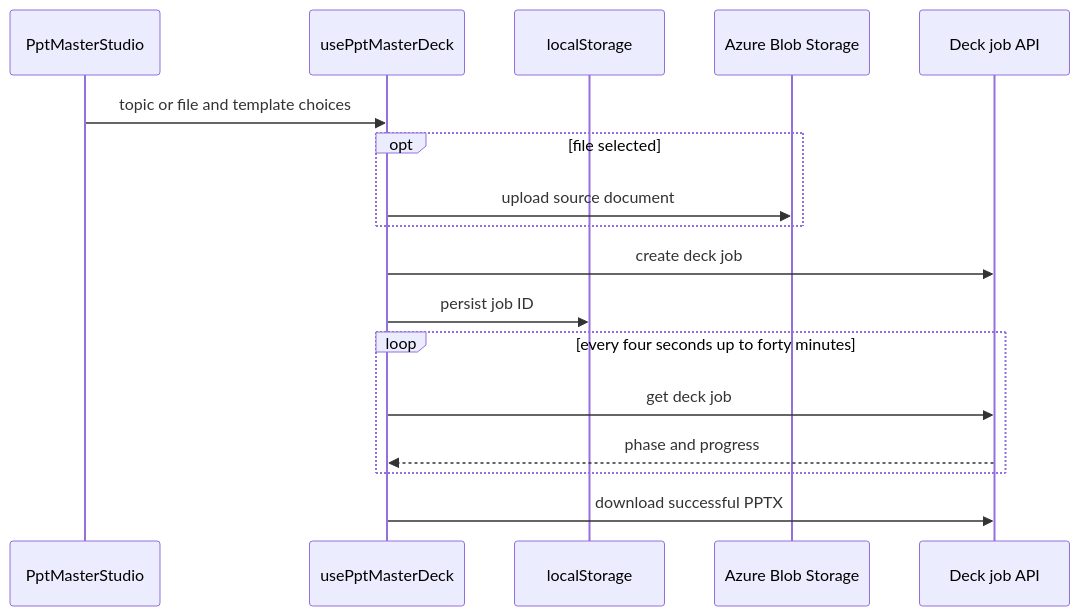
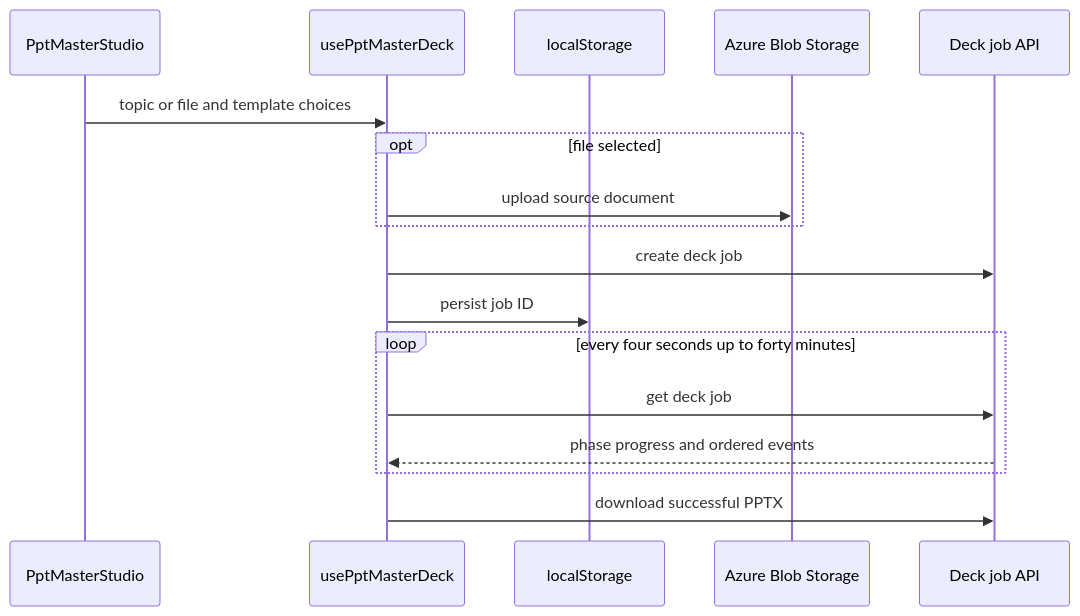
The third of 3 diagrams in openwiki/frontend/create-workflows.md (tony30552001/Genpic-master), drawn with Mermaid before and after one commit. The commit also changed other lines of this file and 5 other files, not shown here.

````diff
--- a/openwiki/frontend/create-workflows.md
+++ b/openwiki/frontend/create-workflows.md
@@ -118,19 +118,19 @@
 ```mermaid
 sequenceDiagram
   participant Studio as PptMasterStudio
   participant Hook as usePptMasterDeck
   participant Store as localStorage
   participant Blob as Azure Blob Storage
   participant Api as Deck job API
   Studio->>Hook: topic or file and template choices
   opt file selected
     Hook->>Blob: upload source document
   end
   Hook->>Api: create deck job
   Hook->>Store: persist job ID
   loop every four seconds up to forty minutes
     Hook->>Api: get deck job
-    Api-->>Hook: phase and progress
+    Api-->>Hook: phase progress and ordered events
   end
   Hook->>Api: download successful PPTX
 ```
````
